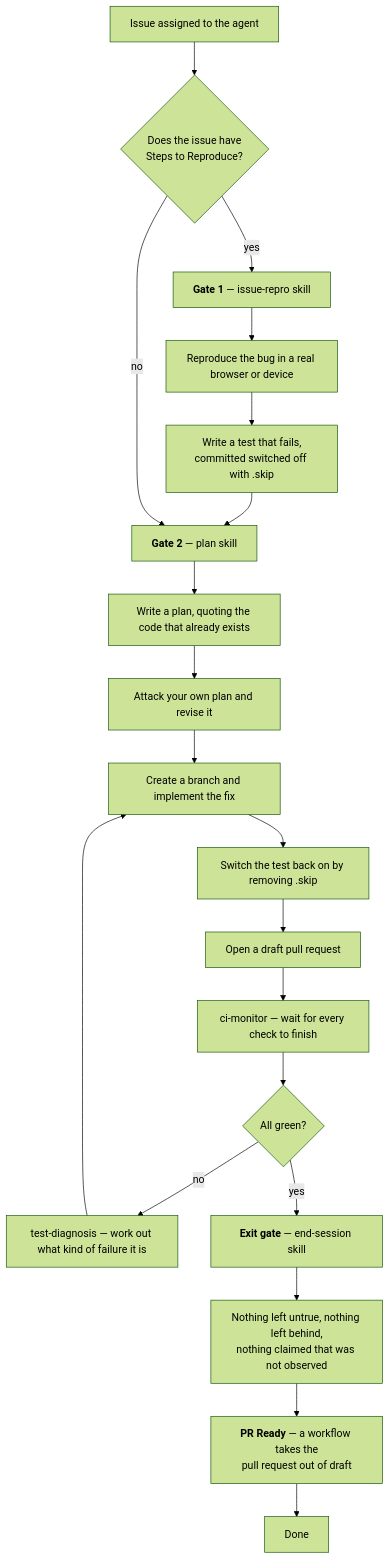
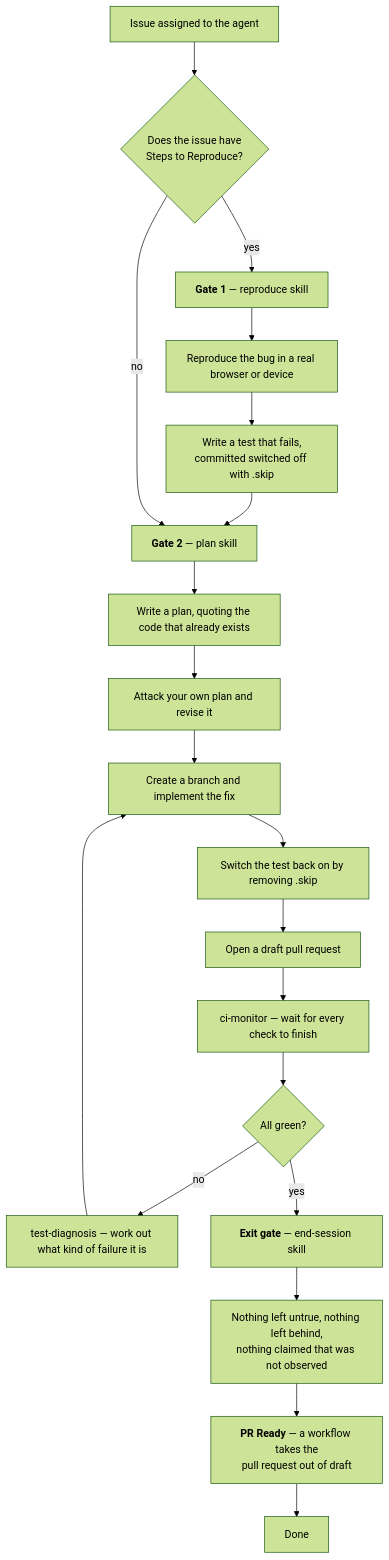
One commit to cybersemics/em changed the second of 2 diagrams in docs/agents/readme.md. Above: the diagram before and after it, drawn with Mermaid (forest theme). The commit also changed other lines of this file and 11 other files, not shown here.

Commit message:
Rename the issue-repro skill to reproduce (#5520)

````diff
--- a/docs/agents/readme.md
+++ b/docs/agents/readme.md
@@ -74,35 +74,35 @@
 ```mermaid
 flowchart TD
     A["Issue assigned to the agent"] --> B{"Does the issue have<br/>Steps to Reproduce?"}
-    B -- yes --> C["<b>Gate 1</b> — issue-repro skill"]
+    B -- yes --> C["<b>Gate 1</b> — reproduce skill"]
     C --> C1["Reproduce the bug in a real browser or device"]
     C1 --> C2["Write a test that fails,<br/>committed switched off with .skip"]
     C2 --> D["<b>Gate 2</b> — plan skill"]
     B -- no --> D
     D --> D1["Write a plan, quoting the code that already exists"]
     D1 --> D2["Attack your own plan and revise it"]
     D2 --> E["Create a branch and implement the fix"]
     E --> E1["Switch the test back on by removing .skip"]
     E1 --> F["Open a draft pull request"]
     F --> G["ci-monitor — wait for every check to finish"]
     G --> H{"All green?"}
     H -- no --> I["test-diagnosis — work out what kind of failure it is"]
     I --> E
     H -- yes --> J["<b>Exit gate</b> — end-session skill"]
     J --> J1["Nothing left untrue, nothing left behind,<br/>nothing claimed that was not observed"]
     J1 --> J2["<b>PR Ready</b> — a workflow takes the<br/>pull request out of draft"]
     J2 --> K["Done"]
 
-    click C "https://github.com/cybersemics/em/blob/HEAD/docs/agents/skills.md#issue-repro" "The issue-repro skill"
+    click C "https://github.com/cybersemics/em/blob/HEAD/docs/agents/skills.md#reproduce" "The reproduce skill"
     click C1 "https://github.com/cybersemics/em/blob/HEAD/docs/agents/skills.md#browser-control" "How the browser is brought up"
     click C2 "https://github.com/cybersemics/em/blob/HEAD/docs/agents/tdd.md" "Why the test is committed switched off"
     click D "https://github.com/cybersemics/em/blob/HEAD/docs/agents/skills.md#plan" "The plan skill"
     click D1 "https://github.com/cybersemics/em/blob/HEAD/docs/agents/skills.md#plan" "What the plan must contain"
     click D2 "https://github.com/cybersemics/em/blob/HEAD/docs/agents/skills.md#plan" "The critique stage"
     click E1 "https://github.com/cybersemics/em/blob/HEAD/docs/agents/tdd.md#why-locally-run-tests-ignore-the-skip" "Switching the test back on"
     click G "https://github.com/cybersemics/em/blob/HEAD/docs/agents/skills.md#ci-monitor" "The ci-monitor skill"
     click I "https://github.com/cybersemics/em/blob/HEAD/docs/agents/skills.md#test-diagnosis" "The test-diagnosis skill"
     click J "https://github.com/cybersemics/em/blob/HEAD/docs/agents/skills.md#end-session" "The end-session skill"
     click J1 "https://github.com/cybersemics/em/blob/HEAD/docs/agents/skills.md#end-session" "The exit checklist, step by step"
     click J2 "https://github.com/cybersemics/em/blob/HEAD/.github/workflows/pr-ready.yml" "The PR Ready workflow"
 ```
````
